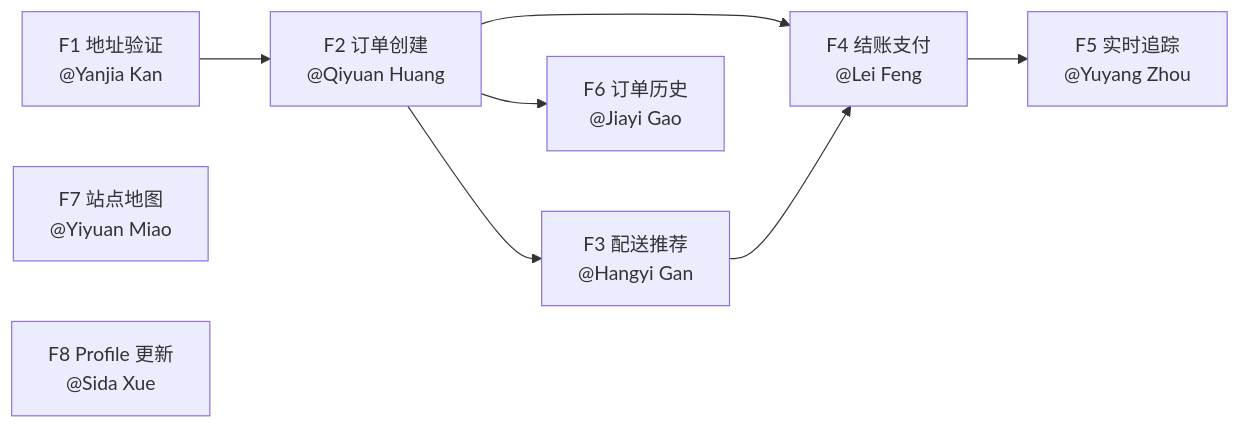
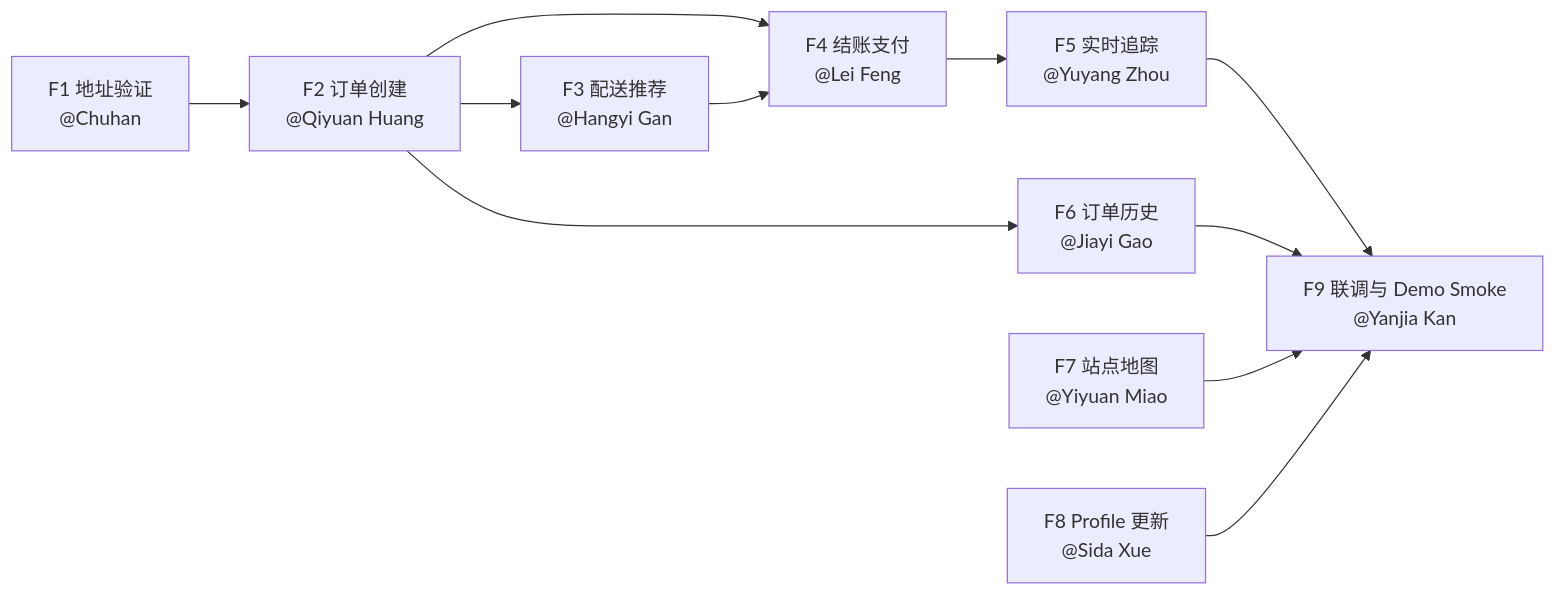
One commit to Miles-Prower-JackGao/DDMA-team changed the diagram in docs/最终冲刺.md. Above: the diagram before and after it, drawn with Mermaid. The commit also changed other lines of this file, not shown here.

````diff
--- a/docs/最终冲刺.md
+++ b/docs/最终冲刺.md
@@ -615,11 +671,15 @@
 ```mermaid
 graph LR
-    F1[F1 地址验证\n@Yanjia Kan] --> F2[F2 订单创建\n@Qiyuan Huang]
+    F1[F1 地址验证\n@Chuhan] --> F2[F2 订单创建\n@Qiyuan Huang]
     F7[F7 站点地图\n@Yiyuan Miao]
     F8[F8 Profile 更新\n@Sida Xue]
     F2 --> F3[F3 配送推荐\n@Hangyi Gan]
     F2 --> F6[F6 订单历史\n@Jiayi Gao]
     F2 --> F4[F4 结账支付\n@Lei Feng]
     F3 --> F4
     F4 --> F5[F5 实时追踪\n@Yuyang Zhou]
+    F5 --> F9[F9 联调与 Demo Smoke\n@Yanjia Kan]
+    F6 --> F9
+    F7 --> F9
+    F8 --> F9
 ```
````
